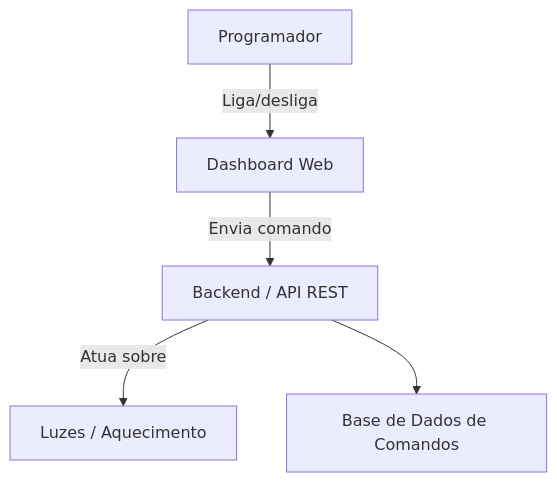
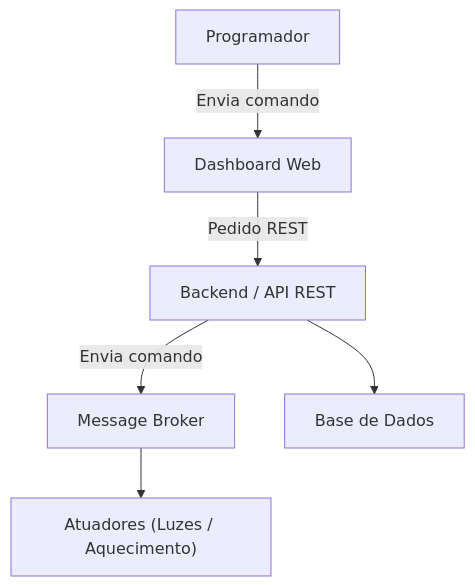
Before and after one commit to detiuaveiro/ies2526-group-project-ies2526_g303: the fourth of 5 diagrams in prototypes/diagramas.md, drawn with Mermaid. The commit also changed other lines of this file and 1 other file, not shown here.

Commit message:
Colocar user stories em diagramas.md

````diff
--- a/prototypes/diagramas.md
+++ b/prototypes/diagramas.md
@@ -59,7 +90,8 @@
 ```mermaid
 graph TD
-    Dev["Programador"] -->|Liga/desliga| FrontendD["Dashboard Web"]
-    FrontendD -->|Envia comando| BackendD["Backend / API REST"]
-    BackendD -->|Atua sobre| ActuatorsD["Luzes / Aquecimento"]
-    BackendD --> DBD["Base de Dados de Comandos"]
+    Dev["Programador"] -->|Envia comando| FrontendD["Dashboard Web"]
+    FrontendD -->|Pedido REST| BackendD["Backend / API REST"]
+    BackendD -->|Envia comando| MQ["Message Broker"]
+    MQ --> ActuatorsD["Atuadores (Luzes / Aquecimento)"]
+    BackendD --> DBD["Base de Dados"]
 ```
````
